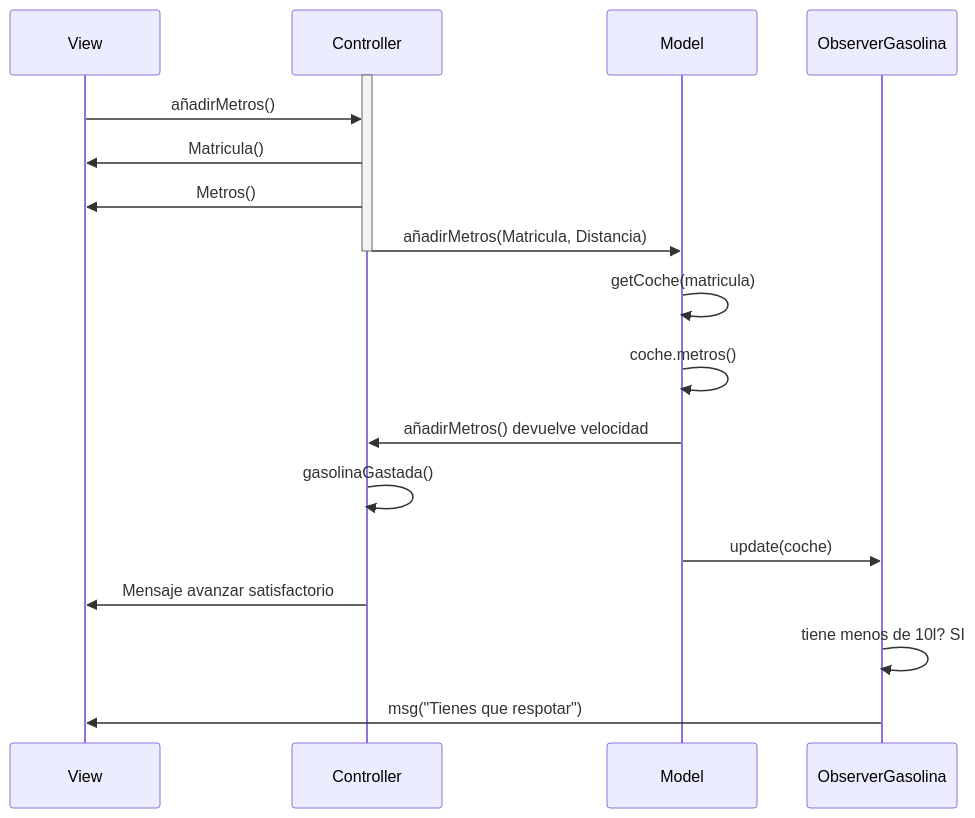
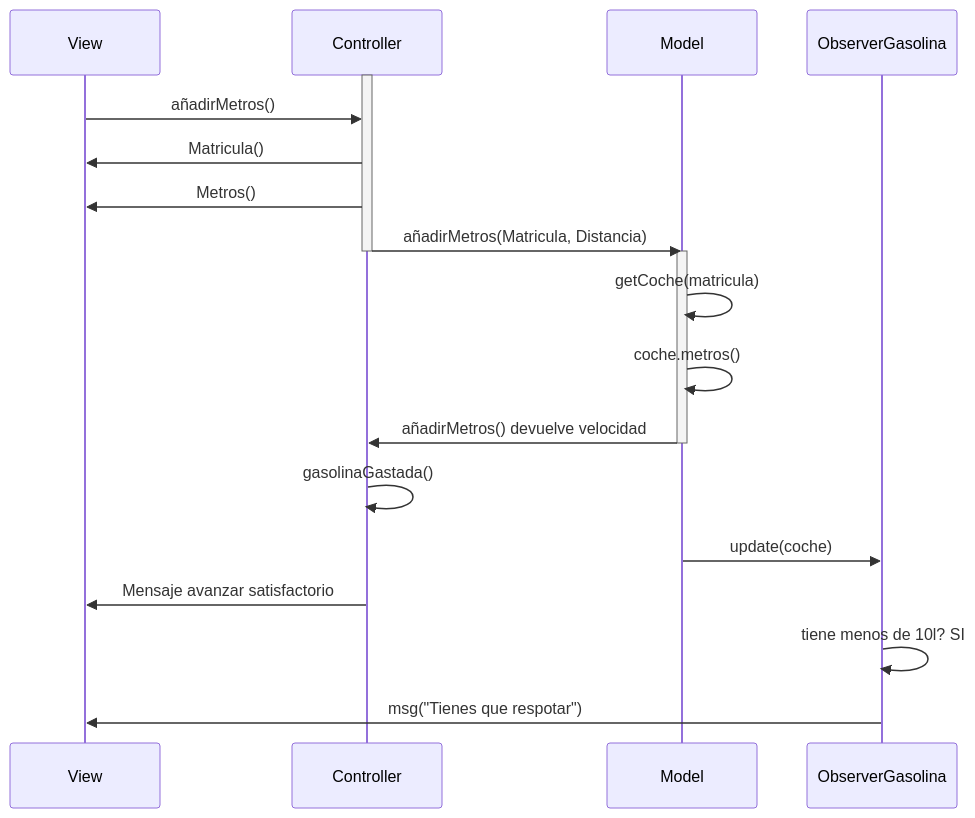
Before and after one commit to AlexandreSinisterra/COD-Coches: the diagram in README.md, drawn with Mermaid.

Commit message:
readme prueba1

````diff
--- a/README.md
+++ b/README.md
@@ -3,23 +3,25 @@
 ```mermaid
 
 sequenceDiagram
     participant View
     participant Controller
     participant Model
     participant ObserverGasolina
     activate Controller
     View ->> Controller: añadirMetros()
     Controller ->> View: Matricula()
     Controller ->> View: Metros()
     Controller ->> Model: añadirMetros(Matricula, Distancia)
     deactivate Controller
+    activate Model
     Model ->> Model: getCoche(matricula)
     Model ->> Model: coche.metros()
     Model ->> Controller: añadirMetros() devuelve velocidad
+    deactivate Model
     Controller ->> Controller: gasolinaGastada()
     Model ->> ObserverGasolina: update(coche)
     Controller ->> View: Mensaje avanzar satisfactorio
     ObserverGasolina ->> ObserverGasolina: tiene menos de 10l? SI
     ObserverGasolina ->> View: msg("Tienes que respotar")
     
 ```
````
